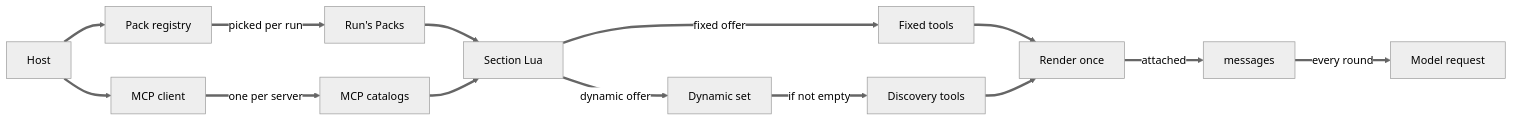
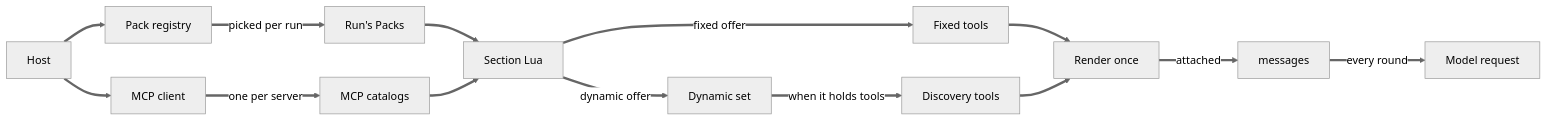
Before and after one commit to cppalliance/runvil-design: the second of 6 diagrams in research/2026-10-20-dynamic-tools-offering-reflection.md, drawn with Mermaid (neutral theme). The commit also changed other lines of this file, not shown here.

````diff
--- a/research/2026-10-20-dynamic-tools-offering-reflection.md
+++ b/research/2026-10-20-dynamic-tools-offering-reflection.md
@@ -266,16 +220,16 @@
 ```mermaid
 flowchart LR
     H[Host] ==> R[Pack registry]
     H ==> M[MCP client]
     M ==>|one per server| C[MCP catalogs]
     R ==>|picked per run| P[Run's Packs]
     P ==> L[Section Lua]
     C ==> L
     L ==>|fixed offer| F[Fixed tools]
     L ==>|dynamic offer| D[Dynamic set]
-    D ==>|if not empty| X[Discovery tools]
+    D ==>|when it holds tools| X[Discovery tools]
     F ==> RC[Render once]
     X ==> RC
     RC ==>|attached| A[messages]
     A ==>|every round| Q[Model request]
 ```
````
